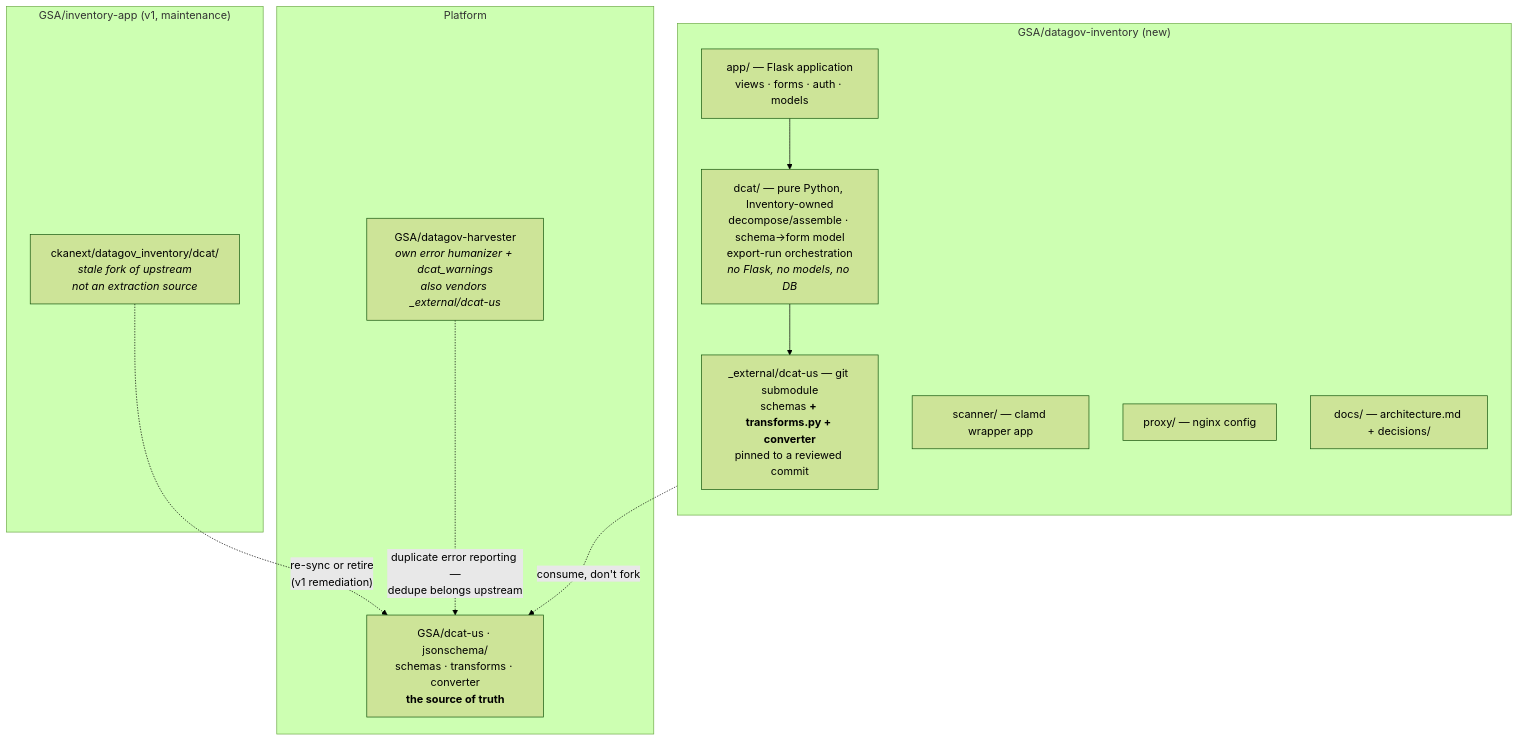
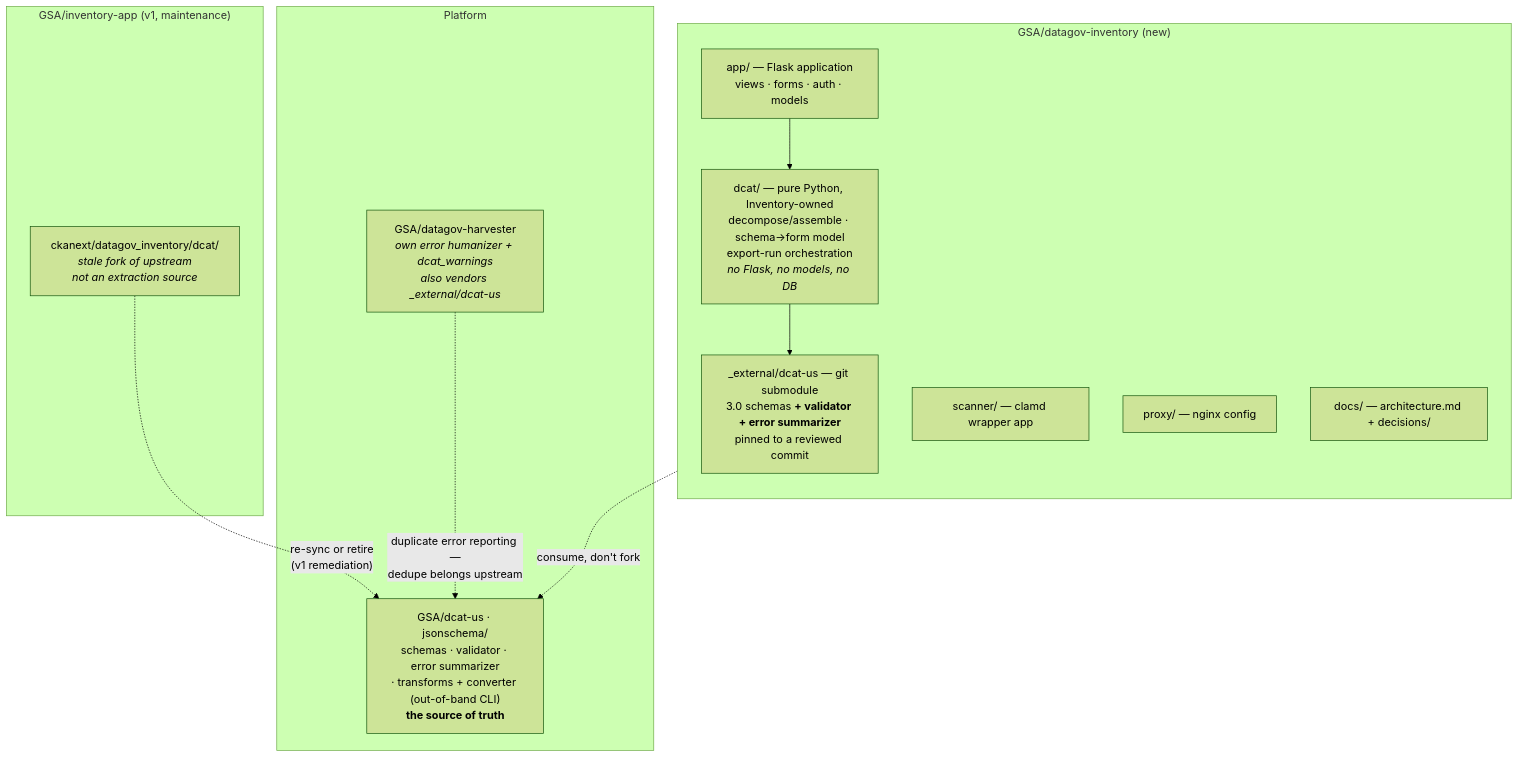
The eighth of 8 diagrams in docs/architecture.md (GSA/datagov-inventory), drawn with Mermaid (forest theme) before and after one commit. The commit also changed other lines of this file and 6 other files, not shown here.

````diff
--- a/docs/architecture.md
+++ b/docs/architecture.md
@@ -711,27 +705,27 @@
 ```mermaid
 flowchart TB
     subgraph new["GSA/datagov-inventory (new)"]
         direction TB
         APP["app/ — Flask application<br/>views · forms · auth · models"]
         LIB["dcat/ — pure Python, Inventory-owned<br/>decompose/assemble · schema→form model<br/>export-run orchestration<br/><i>no Flask, no models, no DB</i>"]
         SCANAPP["scanner/ — clamd wrapper app"]
         PROXYD["proxy/ — nginx config"]
         DOCS["docs/ — architecture.md + decisions/"]
-        SUB["_external/dcat-us — git submodule<br/>schemas <b>+ transforms.py + converter</b><br/>pinned to a reviewed commit"]
+        SUB["_external/dcat-us — git submodule<br/>3.0 schemas <b>+ validator + error summarizer</b><br/>pinned to a reviewed commit"]
         APP --> LIB
         LIB --> SUB
     end
 
     subgraph old["GSA/inventory-app (v1, maintenance)"]
         CKAN["ckanext/datagov_inventory/dcat/<br/><i>stale fork of upstream</i><br/><i>not an extraction source</i>"]
     end
 
     subgraph plat["Platform"]
         HARV["GSA/datagov-harvester<br/><i>own error humanizer + dcat_warnings</i><br/><i>also vendors _external/dcat-us</i>"]
-        UPSTREAM["GSA/dcat-us · jsonschema/<br/>schemas · transforms · converter<br/><b>the source of truth</b>"]
+        UPSTREAM["GSA/dcat-us · jsonschema/<br/>schemas · validator · error summarizer<br/>· transforms + converter (out-of-band CLI)<br/><b>the source of truth</b>"]
     end
 
     SUB -.->|"consume, don't fork"| UPSTREAM
     CKAN -.->|"re-sync or retire<br/>(v1 remediation)"| UPSTREAM
     HARV -.->|"duplicate error reporting —<br/>dedupe belongs upstream"| UPSTREAM
 ```
````
